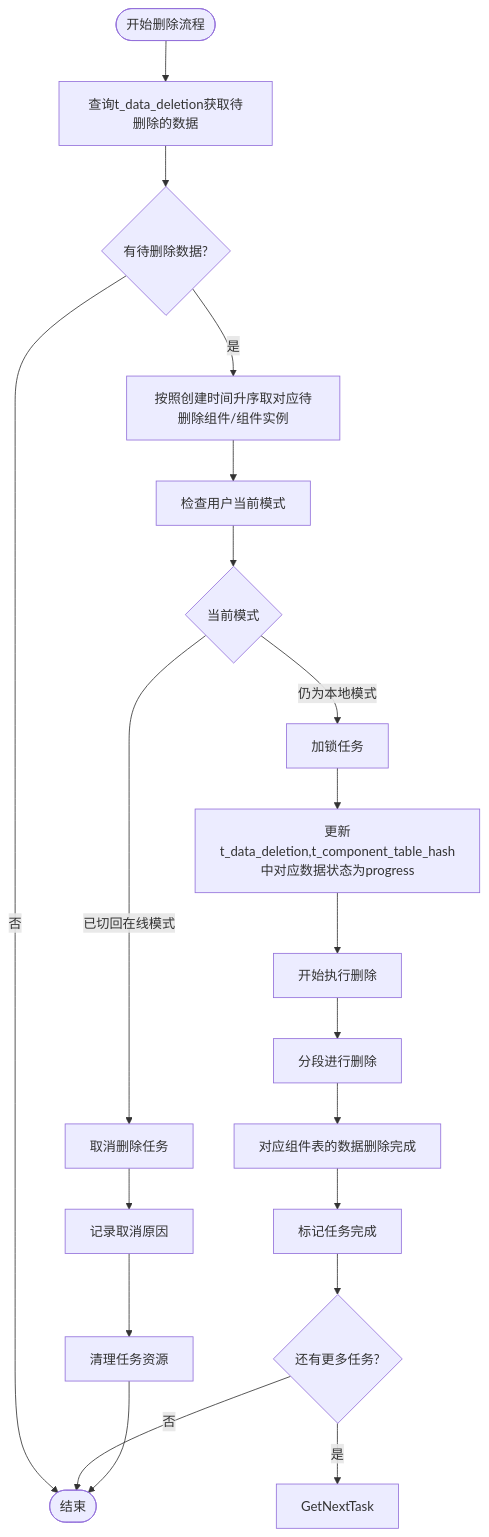
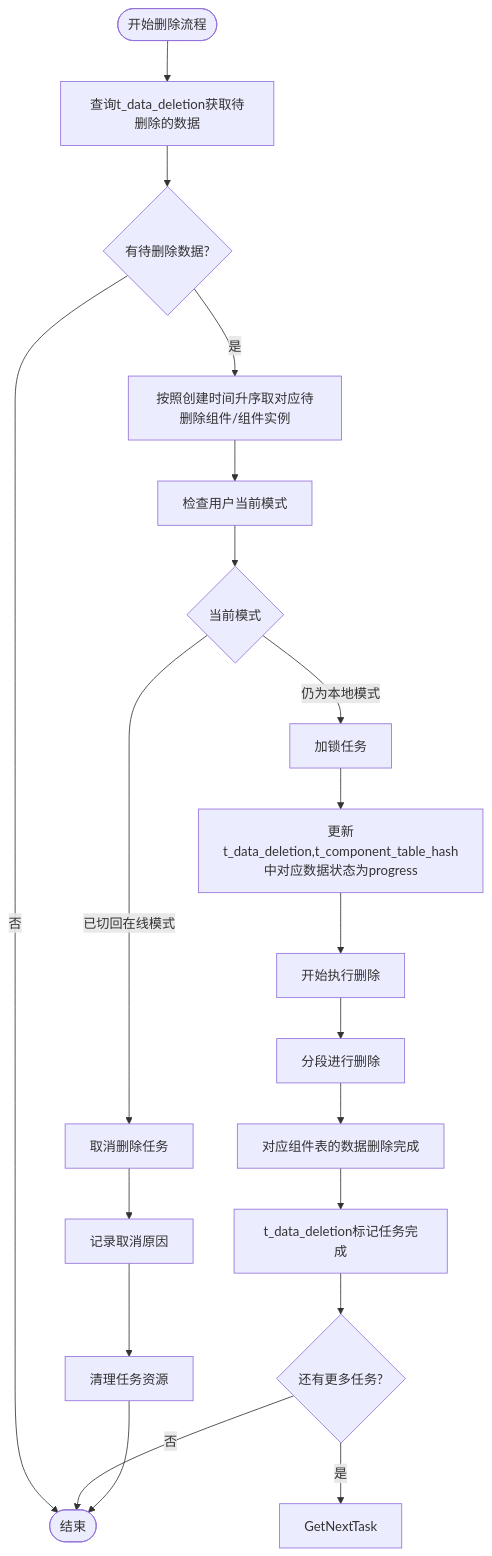
The diagram in all/未命名-51.md (yingjianzh/iodraw-files), drawn with Mermaid before and after one commit.

Commit message:
2025-05-08 15:32:14 update

````diff
--- a/all/未命名-51.md
+++ b/all/未命名-51.md
@@ -1,31 +1,31 @@
 ```mermaid
 flowchart TD
     Start([开始删除流程]) --> FetchTasks[查询t_data_deletion获取待删除的数据]
     FetchTasks --> HasTasks{有待删除数据?}
     
     HasTasks -->|否| End([结束])
     HasTasks -->|是| PrioritizeTasks[按照创建时间升序取对应待删除组件/组件实例]
     
     PrioritizeTasks --> CheckUserMode[检查用户当前模式]
     
     CheckUserMode --> CurrentMode{当前模式}
     CurrentMode -->|已切回在线模式| TaskCancel[取消删除任务]
     CurrentMode -->|仍为本地模式| LockTask[加锁任务]
     
     LockTask --> UpdateStatus[更新t_data_deletion,t_component_table_hash中对应数据状态为progress]
     UpdateStatus --> BeginDeletion[开始执行删除]
     
     BeginDeletion --> A[分段进行删除]
     
     A --> B[对应组件表的数据删除完成]
-    B --> MarkCompleted[标记任务完成]
+    B --> MarkCompleted[t_data_deletion标记任务完成]
     
     TaskCancel --> LogCancellation[记录取消原因]
     LogCancellation --> CleanupTask[清理任务资源]
     
     MarkCompleted --> CheckMoreTasks{还有更多任务?}
     CheckMoreTasks -->|是| GetNextTask
     CheckMoreTasks -->|否| End
     
     CleanupTask --> End
 ```
````
